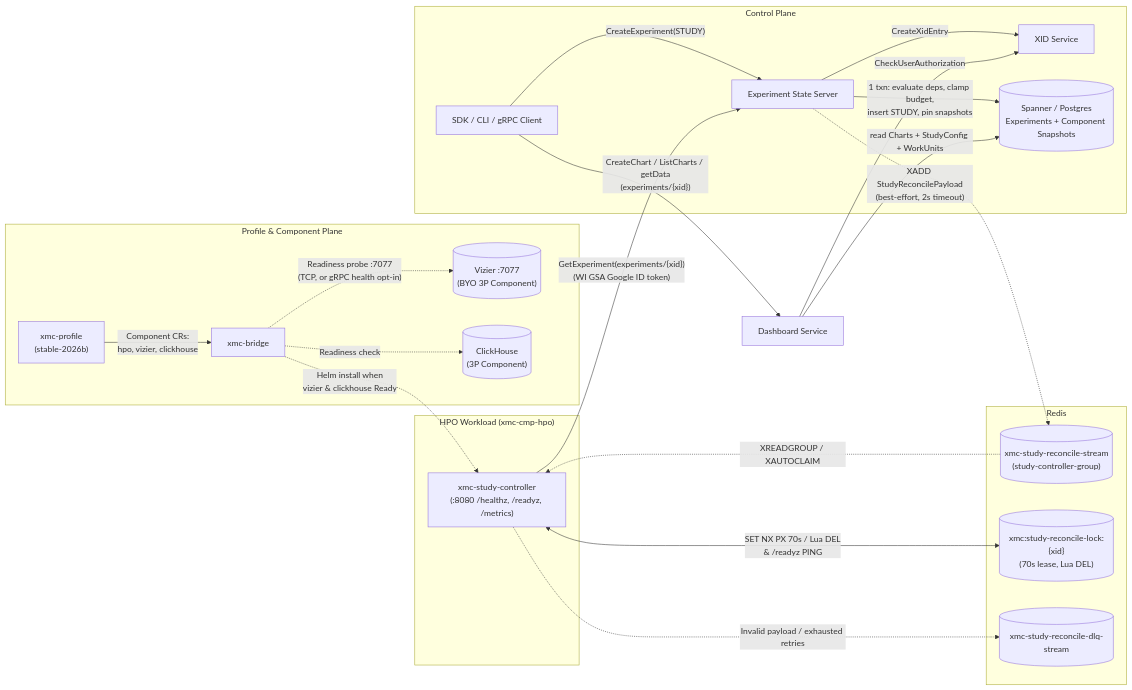
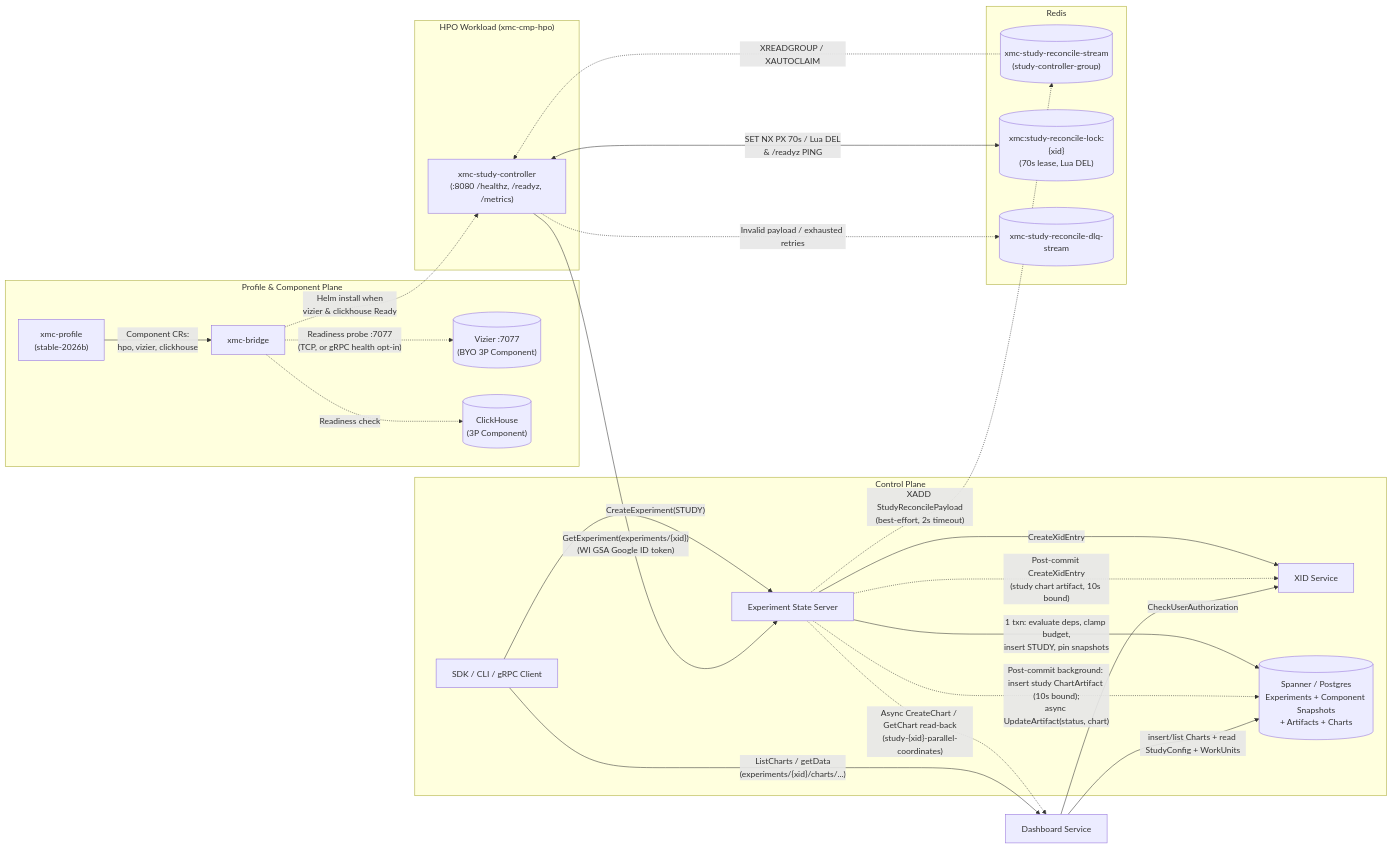
One commit to google/xmc changed the first of 3 diagrams in docs/flows/study_lifecycle.md. Above: the diagram before and after it, drawn with Mermaid. The commit also changed other lines of this file and 31 other files, not shown here.

First line of the commit message:
feat(ess): auto-provision parallel-coordinates chart on study creation (#1756)

````diff
--- a/docs/flows/study_lifecycle.md
+++ b/docs/flows/study_lifecycle.md
@@ -28,47 +30,50 @@
 ```mermaid
 flowchart LR
     subgraph Admin["Profile & Component Plane"]
         Prof["xmc-profile<br/>(stable-2026b)"]
         Bridge["xmc-bridge"]
         Viz[("Vizier :7077<br/>(BYO 3P Component)")]
         CH[("ClickHouse<br/>(3P Component)")]
     end
 
     subgraph Control["Control Plane"]
         Client["SDK / CLI / gRPC Client"]
         ESS["Experiment State Server"]
         XID["XID Service"]
-        DB[("Spanner / Postgres<br/>Experiments + Component Snapshots")]
+        DB[("Spanner / Postgres<br/>Experiments + Component Snapshots<br/>+ Artifacts + Charts")]
     end
 
     subgraph Bus["Redis"]
         Stream[("xmc-study-reconcile-stream<br/>(study-controller-group)")]
         Lock[("xmc:study-reconcile-lock:{xid}<br/>(70s lease, Lua DEL)")]
         DLQ[("xmc-study-reconcile-dlq-stream")]
     end
 
     subgraph HPO["HPO Workload (xmc-cmp-hpo)"]
         SC["xmc-study-controller<br/>(:8080 /healthz, /readyz, /metrics)"]
     end
 
     DS["Dashboard Service"]
 
     Prof -->|"Component CRs:<br/>hpo, vizier, clickhouse"| Bridge
     Bridge -.->|"Readiness probe :7077<br/>(TCP, or gRPC health opt-in)"| Viz
     Bridge -.->|"Readiness check"| CH
     Bridge -.->|"Helm install when<br/>vizier & clickhouse Ready"| SC
 
     Client -->|"CreateExperiment(STUDY)"| ESS
     ESS -->|"CreateXidEntry"| XID
     ESS -->|"1 txn: evaluate deps, clamp budget,<br/>insert STUDY, pin snapshots"| DB
     ESS -.->|"XADD StudyReconcilePayload<br/>(best-effort, 2s timeout)"| Stream
+    ESS -.->|"Post-commit CreateXidEntry<br/>(study chart artifact, 10s bound)"| XID
+    ESS -.->|"Post-commit background: insert study ChartArtifact (10s bound);<br/>async UpdateArtifact(status, chart)"| DB
+    ESS -.->|"Async CreateChart / GetChart read-back<br/>(study-{xid}-parallel-coordinates)"| DS
 
     Stream -.->|"XREADGROUP / XAUTOCLAIM"| SC
     SC <-->|"SET NX PX 70s / Lua DEL<br/>& /readyz PING"| Lock
     SC -->|"GetExperiment(experiments/{xid})<br/>(WI GSA Google ID token)"| ESS
     SC -.->|"Invalid payload / exhausted retries"| DLQ
 
-    Client -->|"CreateChart / ListCharts / getData<br/>(experiments/{xid})"| DS
+    Client -->|"ListCharts / getData<br/>(experiments/{xid}/charts/...)"| DS
     DS -->|"CheckUserAuthorization"| XID
-    DS -->|"read Charts + StudyConfig + WorkUnits"| DB
+    DS -->|"insert/list Charts + read StudyConfig + WorkUnits"| DB
 ```
````
